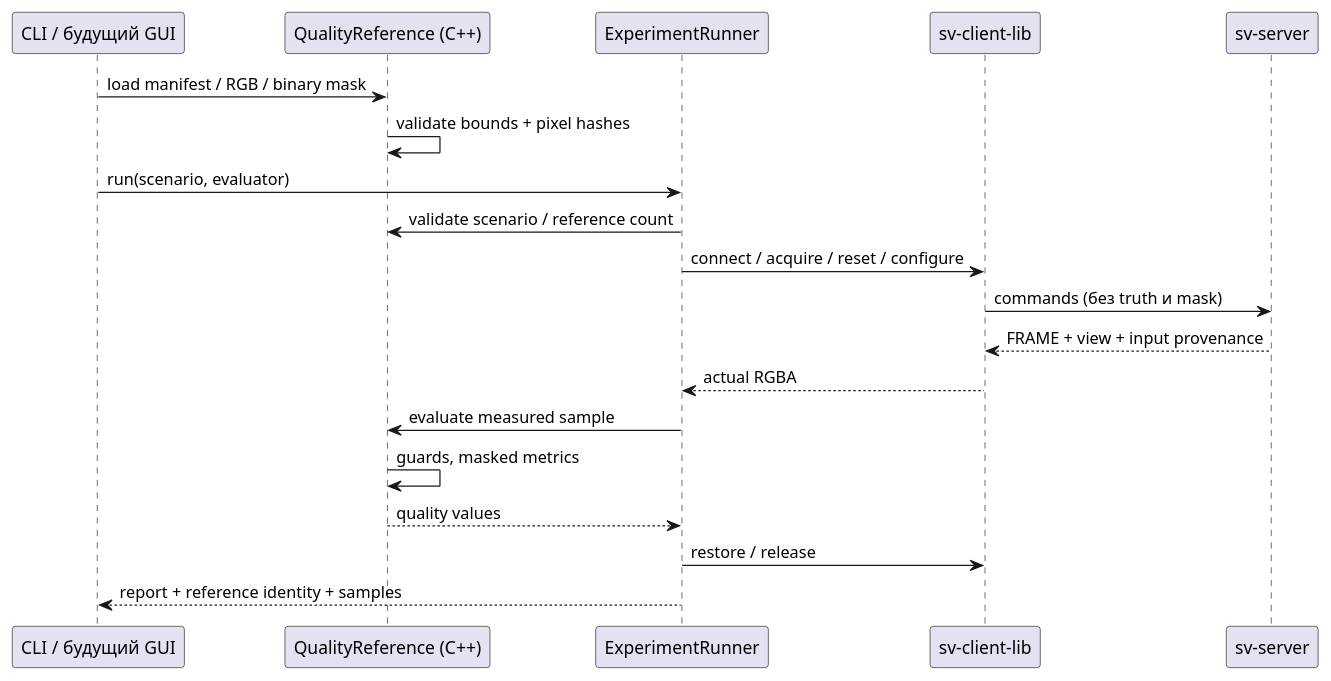
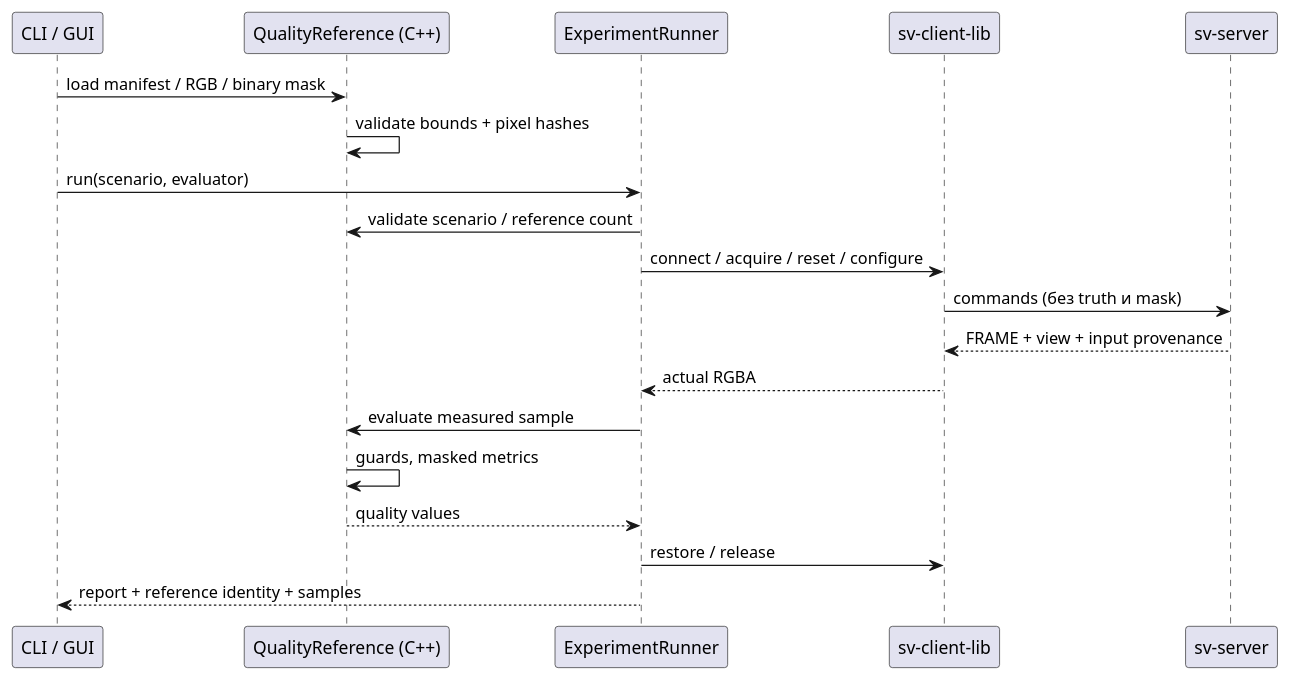
Before and after one commit to AKTOETO/Surround-view: the diagram in docs/engineering/RESEARCH_QUALITY.md, drawn with PlantUML. The commit also changed other lines of this file and 12 other files, not shown here.

````diff
--- a/docs/engineering/RESEARCH_QUALITY.md
+++ b/docs/engineering/RESEARCH_QUALITY.md
@@ -133,22 +141,22 @@
 ```plantuml
 @startuml
-participant "CLI / будущий GUI" as C
+participant "CLI / GUI" as C
 participant "QualityReference (C++)" as Q
 participant "ExperimentRunner" as R
 participant "sv-client-lib" as L
 participant "sv-server" as S
 C -> Q : load manifest / RGB / binary mask
 Q -> Q : validate bounds + pixel hashes
 C -> R : run(scenario, evaluator)
 R -> Q : validate scenario / reference count
 R -> L : connect / acquire / reset / configure
 L -> S : commands (без truth и mask)
 S --> L : FRAME + view + input provenance
 L --> R : actual RGBA
 R -> Q : evaluate measured sample
 Q -> Q : guards, masked metrics
 Q --> R : quality values
 R -> L : restore / release
 R --> C : report + reference identity + samples
 @enduml
 ```
````
